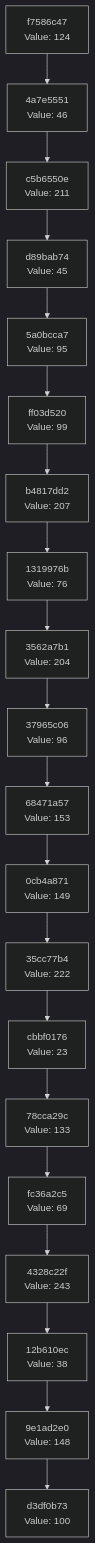
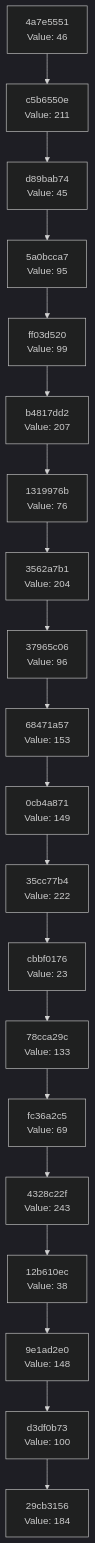
The diagram in docs/CHAIN_VISUALIZATION.md (Abhisheksinha1506/hash-chain-evolver), drawn with Mermaid (dark theme) before and after one commit. The commit also changed 3 other files, not shown here.

````diff
--- a/docs/CHAIN_VISUALIZATION.md
+++ b/docs/CHAIN_VISUALIZATION.md
@@ -3,42 +3,42 @@
 ```mermaid
 graph TD
-    C0["d3df0b73<br/>Value: 100"]
-    C1["9e1ad2e0<br/>Value: 148"]
+    C0["29cb3156<br/>Value: 184"]
+    C1["d3df0b73<br/>Value: 100"]
     C1 --> C0
-    C2["12b610ec<br/>Value: 38"]
+    C2["9e1ad2e0<br/>Value: 148"]
     C2 --> C1
-    C3["4328c22f<br/>Value: 243"]
+    C3["12b610ec<br/>Value: 38"]
     C3 --> C2
-    C4["fc36a2c5<br/>Value: 69"]
+    C4["4328c22f<br/>Value: 243"]
     C4 --> C3
-    C5["78cca29c<br/>Value: 133"]
+    C5["fc36a2c5<br/>Value: 69"]
     C5 --> C4
-    C6["cbbf0176<br/>Value: 23"]
+    C6["78cca29c<br/>Value: 133"]
     C6 --> C5
-    C7["35cc77b4<br/>Value: 222"]
+    C7["cbbf0176<br/>Value: 23"]
     C7 --> C6
-    C8["0cb4a871<br/>Value: 149"]
+    C8["35cc77b4<br/>Value: 222"]
     C8 --> C7
-    C9["68471a57<br/>Value: 153"]
+    C9["0cb4a871<br/>Value: 149"]
     C9 --> C8
-    C10["37965c06<br/>Value: 96"]
+    C10["68471a57<br/>Value: 153"]
     C10 --> C9
-    C11["3562a7b1<br/>Value: 204"]
+    C11["37965c06<br/>Value: 96"]
     C11 --> C10
-    C12["1319976b<br/>Value: 76"]
+    C12["3562a7b1<br/>Value: 204"]
     C12 --> C11
-    C13["b4817dd2<br/>Value: 207"]
+    C13["1319976b<br/>Value: 76"]
     C13 --> C12
-    C14["ff03d520<br/>Value: 99"]
+    C14["b4817dd2<br/>Value: 207"]
     C14 --> C13
-    C15["5a0bcca7<br/>Value: 95"]
+    C15["ff03d520<br/>Value: 99"]
     C15 --> C14
-    C16["d89bab74<br/>Value: 45"]
+    C16["5a0bcca7<br/>Value: 95"]
     C16 --> C15
-    C17["c5b6550e<br/>Value: 211"]
+    C17["d89bab74<br/>Value: 45"]
     C17 --> C16
-    C18["4a7e5551<br/>Value: 46"]
+    C18["c5b6550e<br/>Value: 211"]
     C18 --> C17
-    C19["f7586c47<br/>Value: 124"]
+    C19["4a7e5551<br/>Value: 46"]
     C19 --> C18
 ```
````
